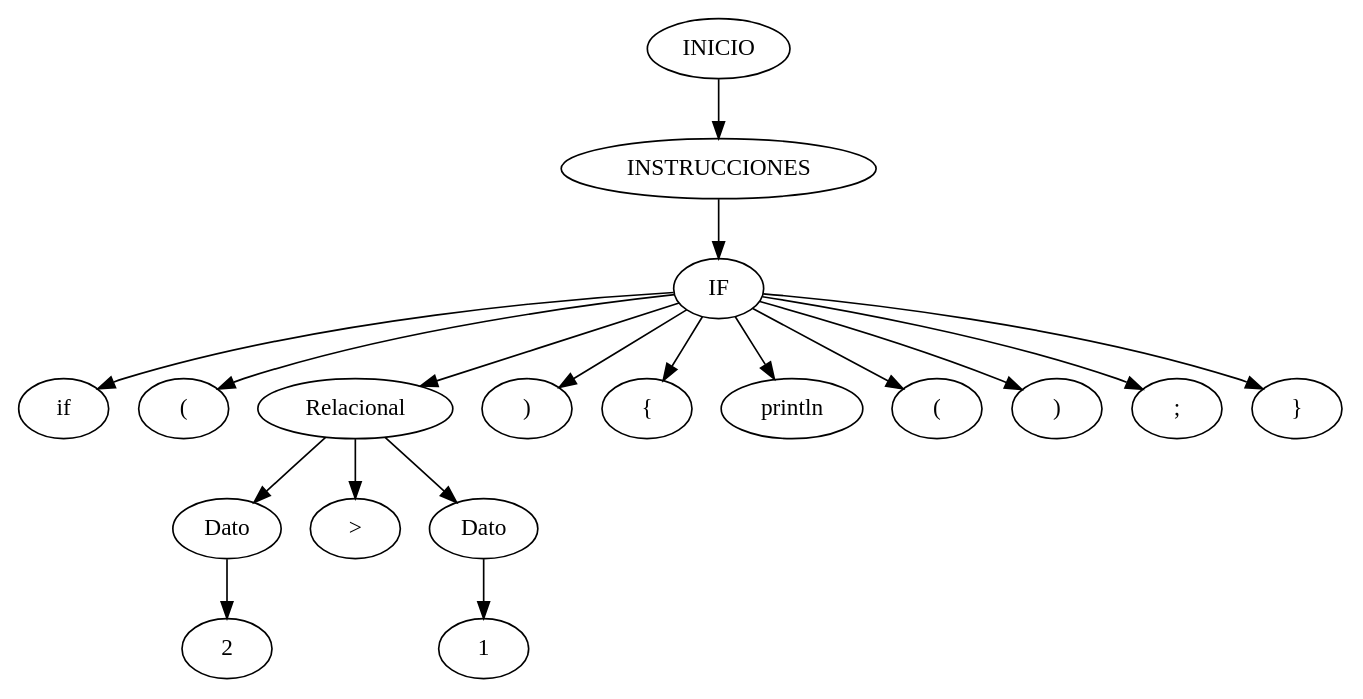
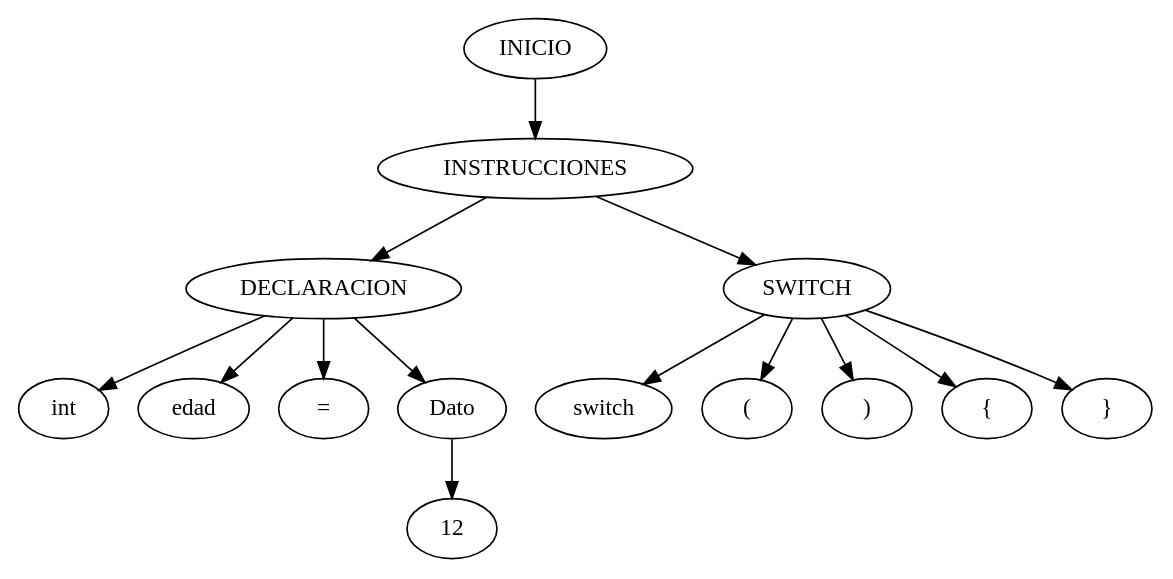
One commit to Ssolares0/OLC1_Proyecto2_202004822 changed the diagram in server/arbolAST.dot. Above: the diagram before and after it, drawn with Graphviz. The commit also changed 6 other files, not shown here.

```diff
--- a/server/arbolAST.dot
+++ b/server/arbolAST.dot
@@ -1,38 +1,30 @@
 digraph arbolAST{ 
       n0[label="INICIO"];
       n1[label="INSTRUCCIONES"];
       n0 -> n1;
-n2[label="IF"];
+n2[label="DECLARACION"];
       n1 -> n2;
-n3[label="if"];
+n3[label="int"];
       n2 -> n3;
-n4[label="("];
+n4[label="edad"];
       n2 -> n4;
-n5[label="Relacional"];
+n5[label="="];
       n2 -> n5;
 n6[label="Dato"];
-      n5 -> n6;
-n7[label="2"];
+      n2 -> n6;
+n7[label="12"];
       n6 -> n7;
-n8[label=">"];
-      n5 -> n8;
-n9[label="Dato"];
-      n5 -> n9;
-n10[label="1"];
-      n9 -> n10;
+n8[label="SWITCH"];
+      n1 -> n8;
+n9[label="switch"];
+      n8 -> n9;
+n10[label="("];
+      n8 -> n10;
 n11[label=")"];
-      n2 -> n11;
+      n8 -> n11;
 n12[label="{"];
-      n2 -> n12;
-n13[label="println"];
-      n2 -> n13;
-n14[label="("];
-      n2 -> n14;
-n15[label=")"];
-      n2 -> n15;
-n16[label=";"];
-      n2 -> n16;
-n17[label="}"];
-      n2 -> n17;
+      n8 -> n12;
+n13[label="}"];
+      n8 -> n13;
 
     }
```
